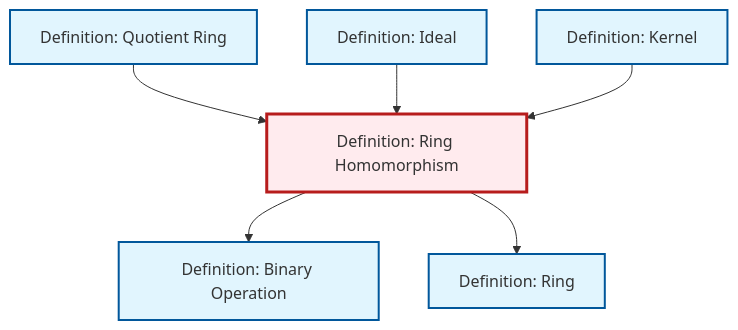
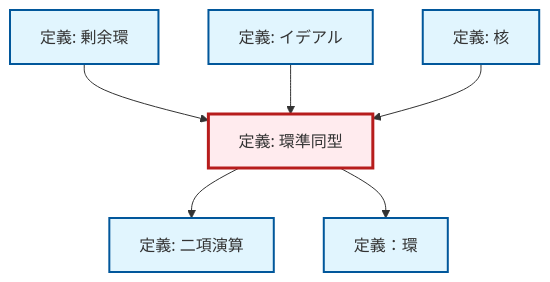
Before and after one commit to RK0429/ModernMath: the diagram in content/ja/algebra/def-ring-homomorphism.qmd, drawn with Mermaid. The commit also changed 1069 other files, not shown here.

````diff
--- a/content/ja/algebra/def-ring-homomorphism.qmd
+++ b/content/ja/algebra/def-ring-homomorphism.qmd
@@ -87,26 +87,26 @@
 ```{mermaid}
 %%| fig-cap: "Local dependency graph"
 graph TD
     classDef definition fill:#e1f5fe,stroke:#01579b,stroke-width:2px
     classDef theorem fill:#f3e5f5,stroke:#4a148c,stroke-width:2px
     classDef axiom fill:#fff3e0,stroke:#e65100,stroke-width:2px
     classDef example fill:#e8f5e9,stroke:#1b5e20,stroke-width:2px
     classDef current fill:#ffebee,stroke:#b71c1c,stroke-width:3px
-    def-quotient-ring["Definition: Quotient Ring"]:::definition
-    def-ring-homomorphism["Definition: Ring Homomorphism"]:::definition
-    def-ring["Definition: Ring"]:::definition
-    def-kernel["Definition: Kernel"]:::definition
-    def-binary-operation["Definition: Binary Operation"]:::definition
-    def-ideal["Definition: Ideal"]:::definition
+    def-ideal["定義: イデアル"]:::definition
+    def-binary-operation["定義: 二項演算"]:::definition
+    def-quotient-ring["定義: 剰余環"]:::definition
+    def-ring-homomorphism["定義: 環準同型"]:::definition
+    def-ring["定義：環"]:::definition
+    def-kernel["定義: 核"]:::definition
+    def-quotient-ring --> def-ring-homomorphism
     def-ring-homomorphism --> def-binary-operation
-    def-ring-homomorphism --> def-ring
-    def-quotient-ring --> def-ring-homomorphism
     def-ideal --> def-ring-homomorphism
     def-kernel --> def-ring-homomorphism
+    def-ring-homomorphism --> def-ring
     class def-ring-homomorphism current
-    click def-quotient-ring "def-quotient-ring.html" "Definition: Quotient Ringへ"
-    click def-ring "def-ring.html" "Definition: Ringへ"
-    click def-kernel "def-kernel.html" "Definition: Kernelへ"
-    click def-binary-operation "def-binary-operation.html" "Definition: Binary Operationへ"
-    click def-ideal "def-ideal.html" "Definition: Idealへ"
+    click def-ideal "def-ideal.html" "イデアルの定義へ"
+    click def-binary-operation "def-binary-operation.html" "二項演算の定義へ"
+    click def-quotient-ring "def-quotient-ring.html" "剰余環の定義へ"
+    click def-ring "def-ring.html" "定義：環へ"
+    click def-kernel "def-kernel.html" "核の定義へ"
 ```
````
